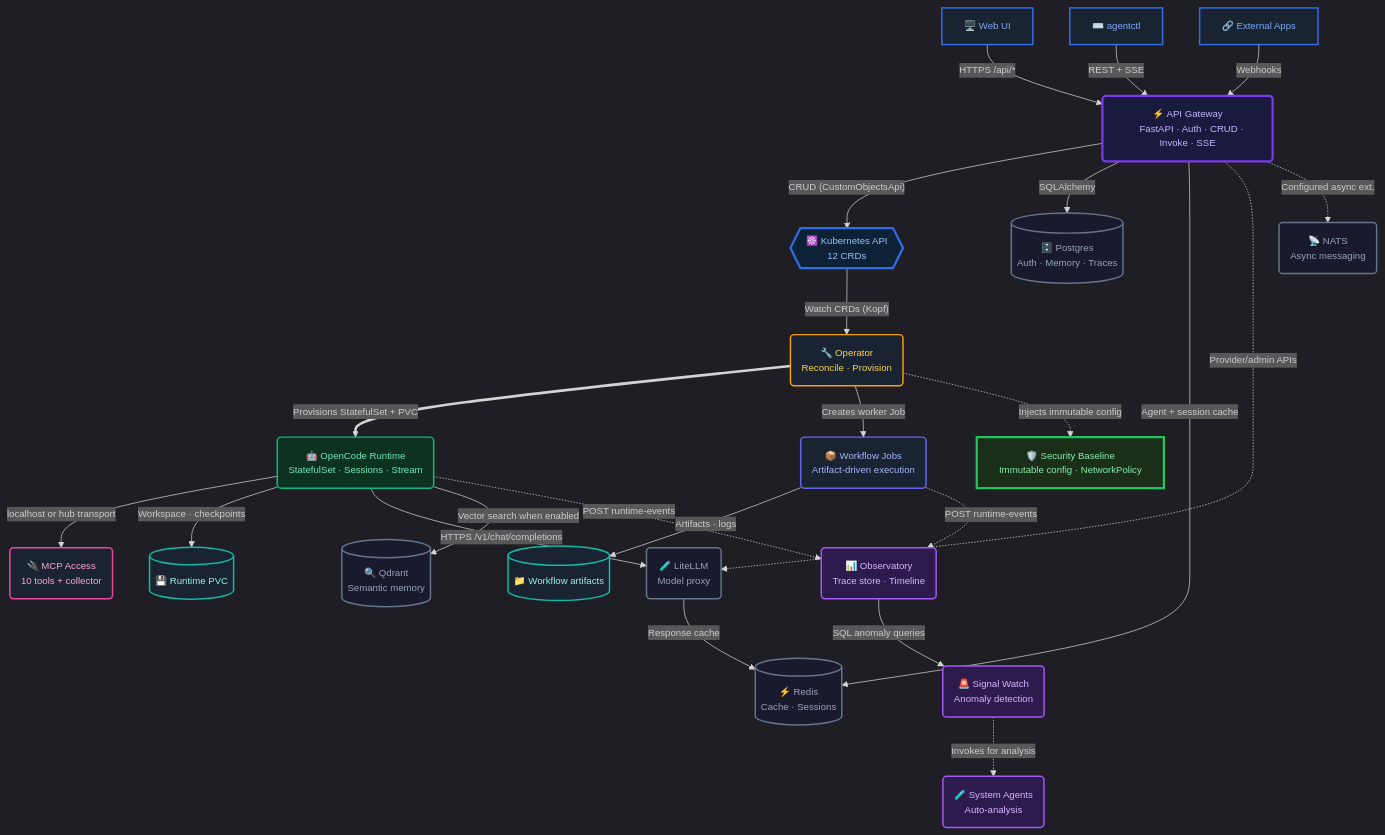
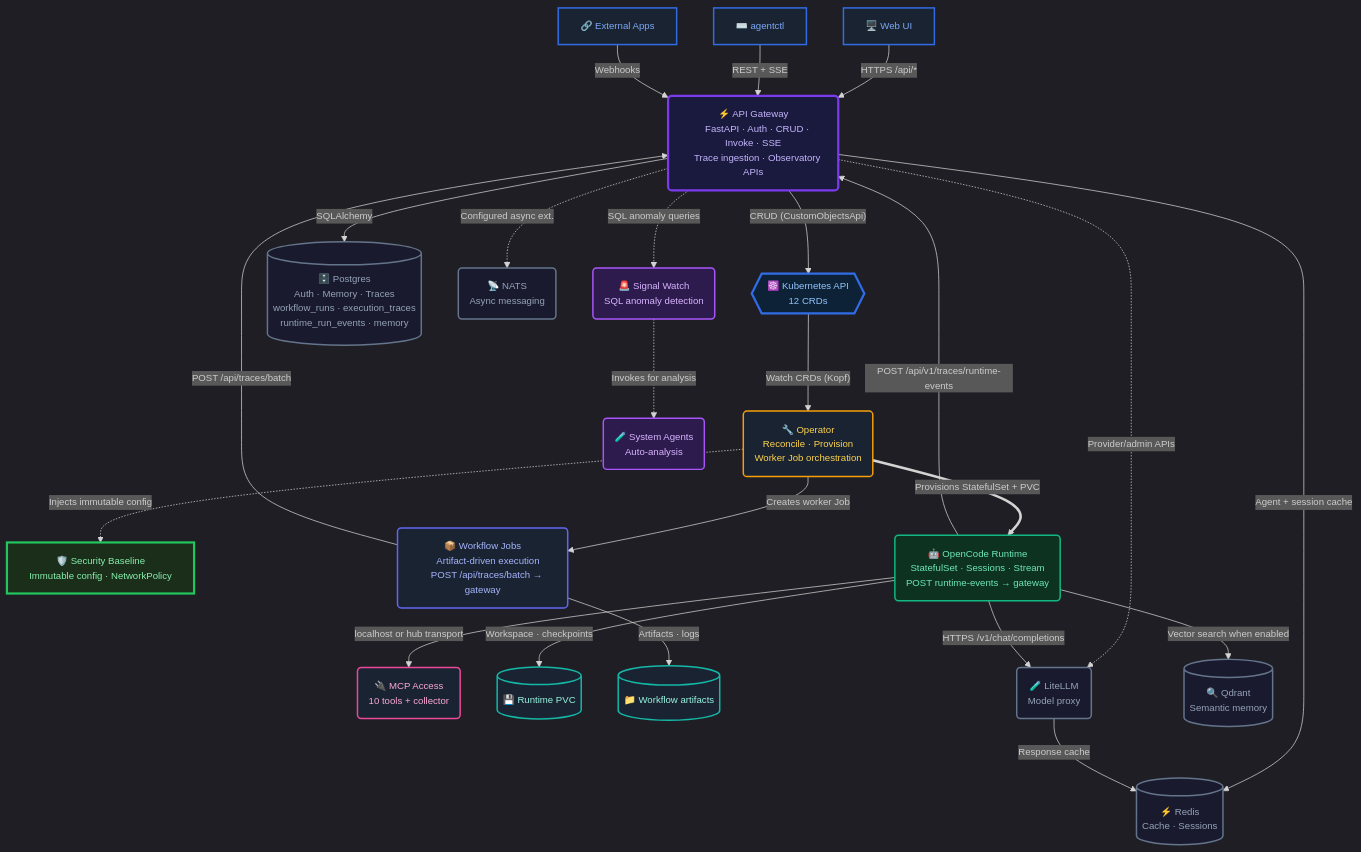
The diagram in README.md (ykbytes/kubesynapse.ai), drawn with Mermaid before and after one commit. The commit also changed other lines of this file and 5 other files, not shown here.

```diff
--- a/README.md
+++ b/README.md
@@ -217,21 +229,25 @@
     EXT["🔗 External Apps"]:::c
 
     GW("⚡ API Gateway
-    FastAPI · Auth · CRUD · Invoke · SSE"):::g
+    FastAPI · Auth · CRUD · Invoke · SSE
+    Trace ingestion · Observatory APIs"):::g
 
     K8S{{"☸️ Kubernetes API
     12 CRDs"}}:::k
 
     OP("🔧 Operator
-    Reconcile · Provision"):::o
+    Reconcile · Provision
+    Worker Job orchestration"):::o
 
     SEC["🛡️ Security Baseline
     Immutable config · NetworkPolicy"]:::sec
 
     OC("🤖 OpenCode Runtime
-    StatefulSet · Sessions · Stream"):::r
+    StatefulSet · Sessions · Stream
+    POST runtime-events → gateway"):::r
     JOB("📦 Workflow Jobs
-    Artifact-driven execution"):::w
+    Artifact-driven execution
+    POST /api/traces/batch → gateway"):::w
 
     MCP("🔌 MCP Access
     10 tools + collector"):::s
@@ -241,7 +257,9 @@
     LLM("🧪 LiteLLM
     Model proxy"):::shared
     PG[("🗄️ Postgres
-    Auth · Memory · Traces")]:::shared
+    Auth · Memory · Traces
+    workflow_runs · execution_traces
+    runtime_run_events · memory")]:::shared
     REDIS[("⚡ Redis
     Cache · Sessions")]:::shared
     QDRANT[("🔍 Qdrant
@@ -249,10 +267,8 @@
     NATS("📡 NATS
     Async messaging"):::shared
 
-    TRACE("📊 Observatory
-    Trace store · Timeline"):::intel
     SIGNAL("🚨 Signal Watch
-    Anomaly detection"):::intel
+    SQL anomaly detection"):::intel
     SYS("🧪 System Agents
     Auto-analysis"):::intel
 
@@ -270,13 +286,13 @@
     OP -.->|"Injects immutable config"| SEC
     OC -->|"localhost or hub transport"| MCP
     OC -->|"Workspace · checkpoints"| PVC
-    JOB -->|"Artifacts · logs"| ART
     OC -->|"HTTPS /v1/chat/completions"| LLM
     OC -->|"Vector search when enabled"| QDRANT
+    JOB -->|"Artifacts · logs"| ART
     LLM -->|"Response cache"| REDIS
-    OC -.->|"POST runtime-events"| TRACE
-    JOB -.->|"POST runtime-events"| TRACE
-    TRACE -->|"SQL anomaly queries"| SIGNAL
+    OC -->|"POST /api/v1/traces/runtime-events"| GW
+    JOB -->|"POST /api/traces/batch"| GW
+    GW -.->|"SQL anomaly queries"| SIGNAL
     SIGNAL -.->|"Invokes for analysis"| SYS
 
     classDef c fill:#1a2332,stroke:#326CE5,stroke-width:2px,color:#7baaf7
```
